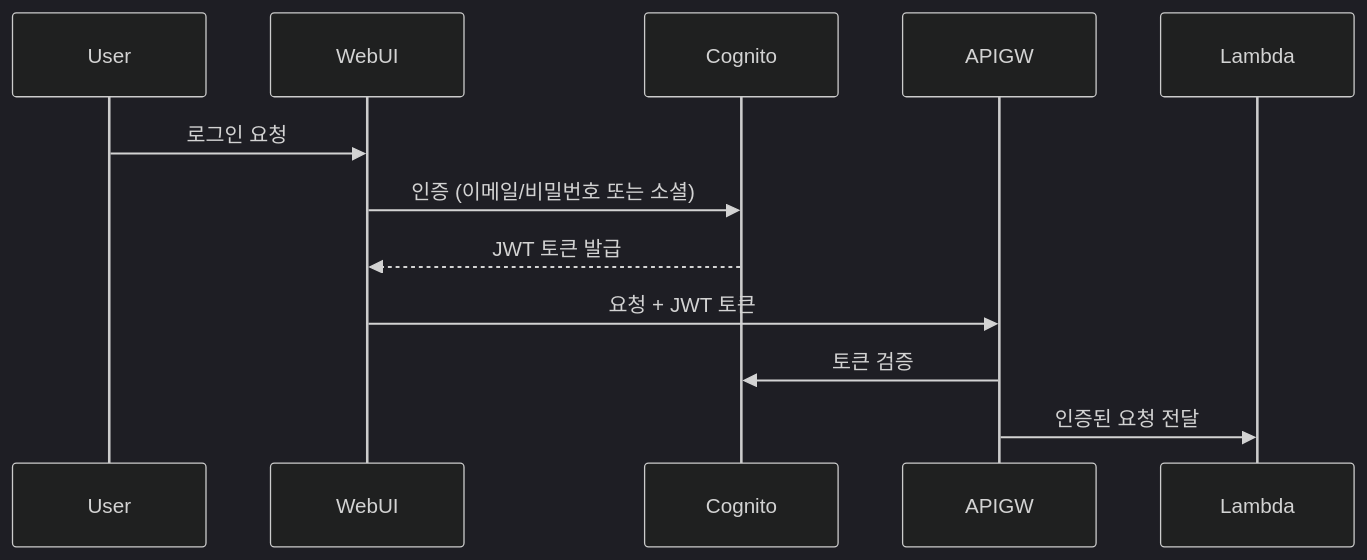
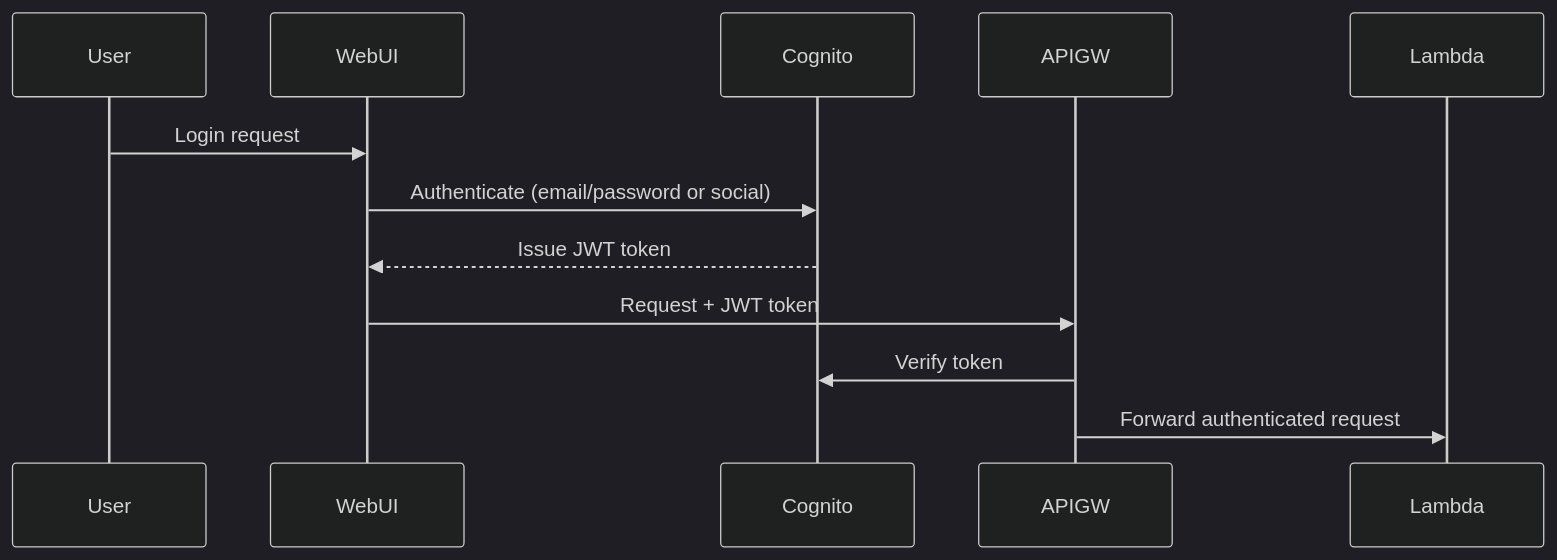
Before and after one commit to geoseong/serverless-openclaw: the third of 3 diagrams in docs/PRD.md, drawn with Mermaid (dark theme). The commit also changed other lines of this file and 8 other files, not shown here.

````diff
--- a/docs/PRD.md
+++ b/docs/PRD.md
@@ -163,15 +163,15 @@
 ```mermaid
 sequenceDiagram
     participant User
     participant WebUI
     participant Cognito
     participant APIGW
     participant Lambda
 
-    User->>WebUI: 로그인 요청
-    WebUI->>Cognito: 인증 (이메일/비밀번호 또는 소셜)
-    Cognito-->>WebUI: JWT 토큰 발급
-    WebUI->>APIGW: 요청 + JWT 토큰
-    APIGW->>Cognito: 토큰 검증
-    APIGW->>Lambda: 인증된 요청 전달
+    User->>WebUI: Login request
+    WebUI->>Cognito: Authenticate (email/password or social)
+    Cognito-->>WebUI: Issue JWT token
+    WebUI->>APIGW: Request + JWT token
+    APIGW->>Cognito: Verify token
+    APIGW->>Lambda: Forward authenticated request
 ```
````
